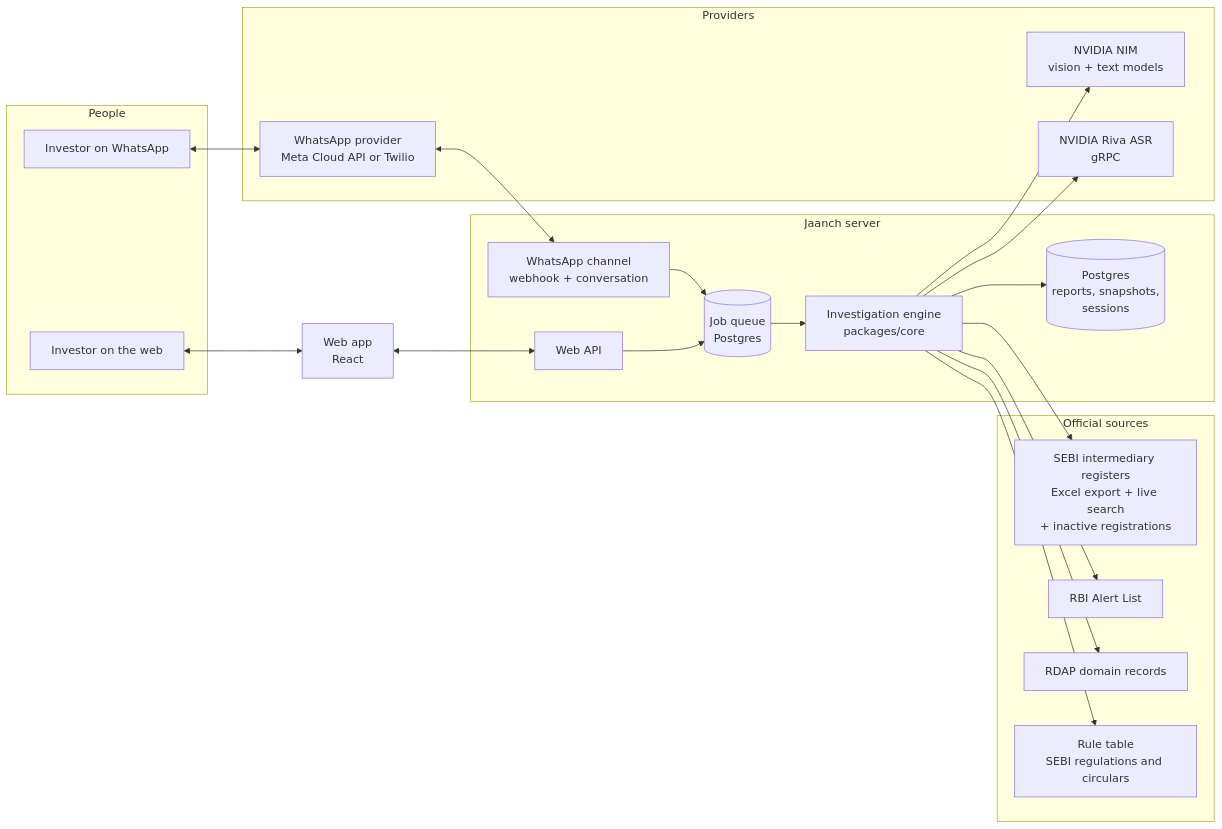
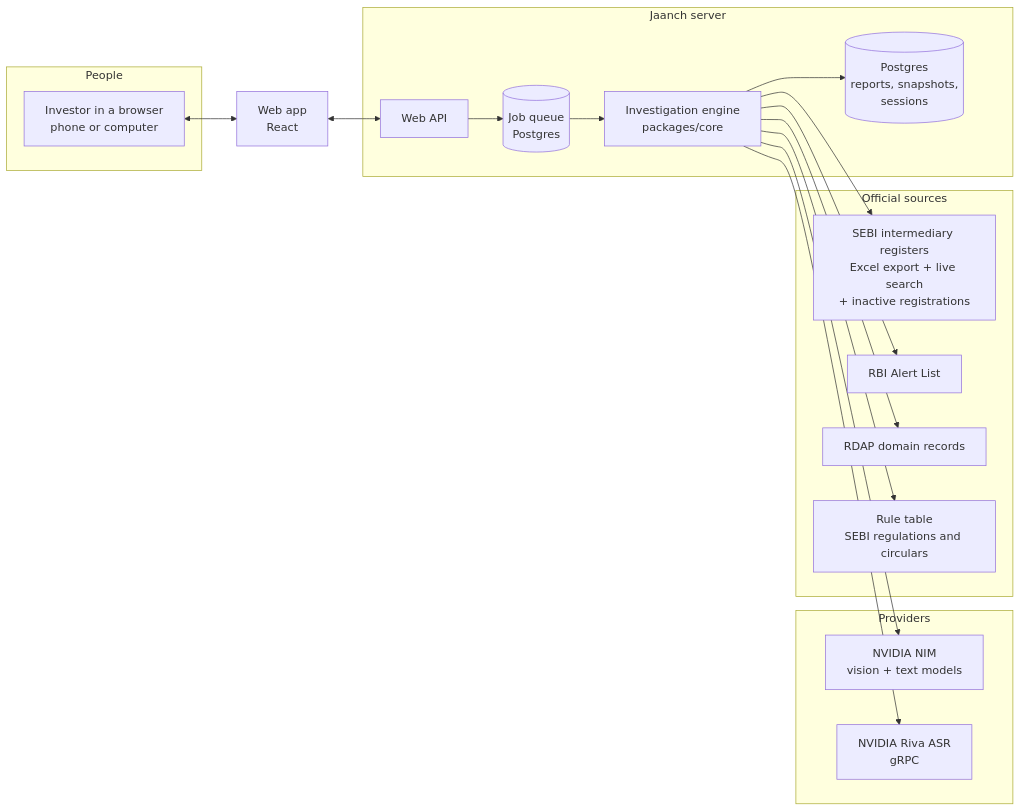
The first of 3 diagrams in docs/architecture.md (Anushika06/Jaanch), drawn with Mermaid before and after one commit. The commit also changed other lines of this file and 21 other files, not shown here.

````diff
--- a/docs/architecture.md
+++ b/docs/architecture.md
@@ -9,39 +9,34 @@
 ```mermaid
 flowchart LR
   subgraph People
-    U1[Investor on WhatsApp]
-    U2[Investor on the web]
+    U2[Investor in a browser<br/>phone or computer]
   end
   subgraph Providers
-    TW[WhatsApp provider<br/>Meta Cloud API or Twilio]
     NIM[NVIDIA NIM<br/>vision + text models]
     ASR[NVIDIA Riva ASR<br/>gRPC]
   end
   subgraph Official sources
     SEBI[SEBI intermediary registers<br/>Excel export + live search<br/>+ inactive registrations]
     RBI[RBI Alert List]
     RDAP[RDAP domain records]
     RULES[Rule table<br/>SEBI regulations and circulars]
   end
   subgraph Jaanch server
-    WH[WhatsApp channel<br/>webhook + conversation]
     API[Web API]
     Q[(Job queue<br/>Postgres)]
     ENG[Investigation engine<br/>packages/core]
     DB[(Postgres<br/>reports, snapshots,<br/>sessions)]
   end
   WEB[Web app<br/>React]
 
-  U1 <--> TW <--> WH
   U2 <--> WEB <--> API
-  WH --> Q
   API --> Q
   Q --> ENG
   ENG --> NIM
   ENG --> ASR
   ENG --> SEBI
   ENG --> RBI
   ENG --> RDAP
   ENG --> RULES
   ENG --> DB
 ```
````
